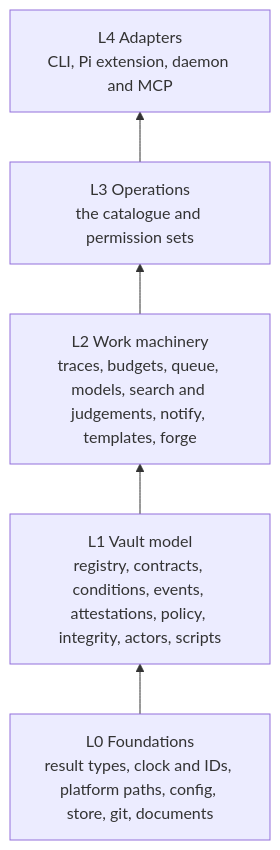
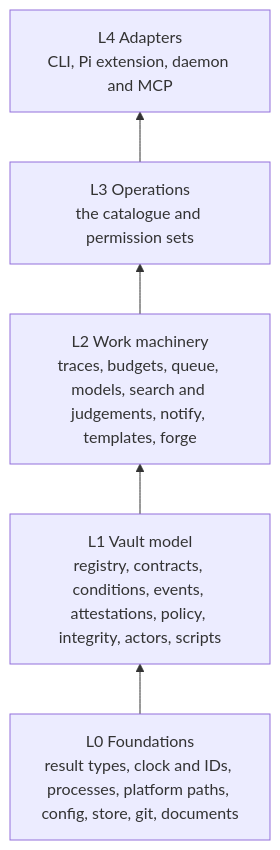
The diagram in docs/agents/implementation-plan.md (jerryjvl/pi-active-vaults), drawn with Mermaid before and after one commit. The commit also changed other lines of this file and 10 other files, not shown here.

First line of the commit message:
feat(process): one way to start processes; git, secrets and scripts use it

````diff
--- a/docs/agents/implementation-plan.md
+++ b/docs/agents/implementation-plan.md
@@ -24,9 +24,9 @@
 ```mermaid
 flowchart BT
-  L0[L0 Foundations<br/>result types, clock and IDs, platform paths, config, store, git, documents]
+  L0[L0 Foundations<br/>result types, clock and IDs, processes, platform paths, config, store, git, documents]
   L1[L1 Vault model<br/>registry, contracts, conditions, events, attestations, policy, integrity, actors, scripts]
   L2[L2 Work machinery<br/>traces, budgets, queue, models, search and judgements, notify, templates, forge]
   L3[L3 Operations<br/>the catalogue and permission sets]
   L4[L4 Adapters<br/>CLI, Pi extension, daemon and MCP]
   L0 --> L1 --> L2 --> L3 --> L4
 ```
````
